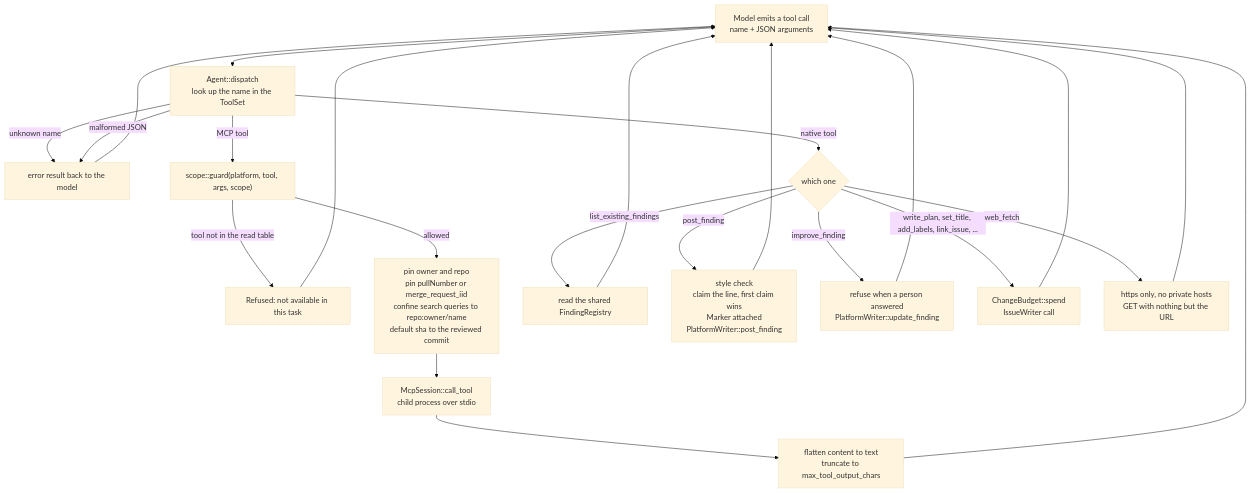
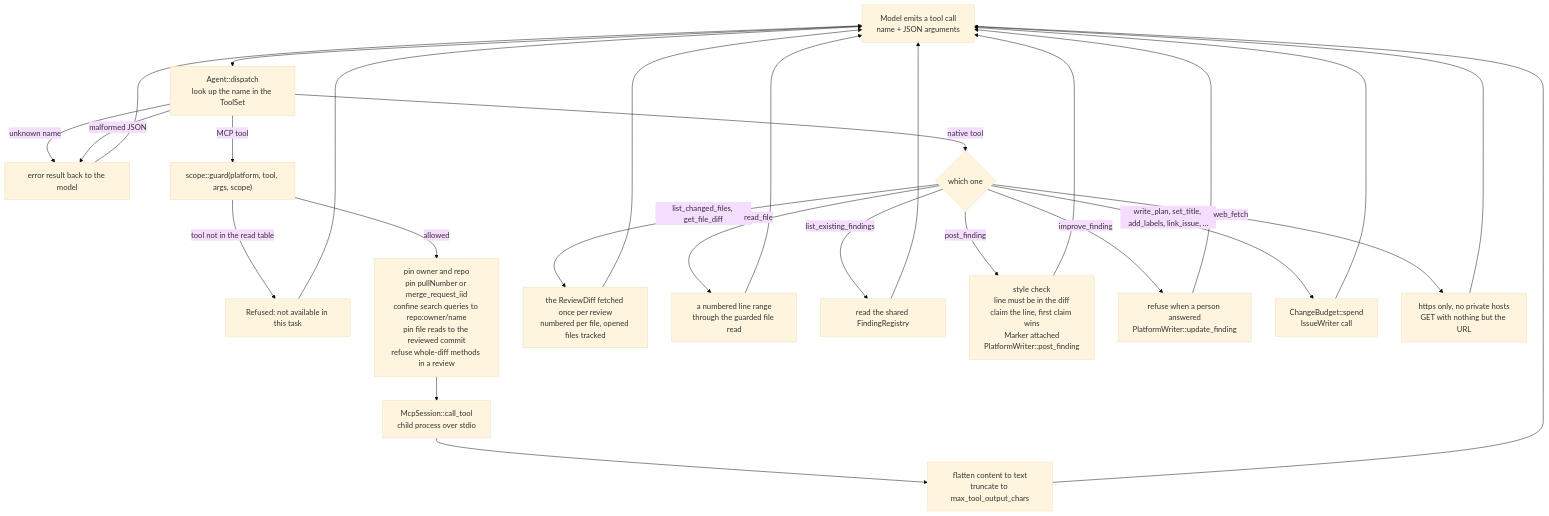
The fourth of 10 diagrams in ARCHITECTURE.md (StephanMeijer/meneerhenk), drawn with Mermaid (base theme) before and after one commit. The commit also changed other lines of this file and 1 other file, not shown here.

Commit message:
docs: the lane's diff tools, the conversation budget and the nudges

````diff
--- a/ARCHITECTURE.md
+++ b/ARCHITECTURE.md
@@ -215,25 +220,29 @@
 ```mermaid
 flowchart TD
     M["Model emits a tool call<br/>name + JSON arguments"] --> A["Agent::dispatch<br/>look up the name in the ToolSet"]
     A -- "unknown name" --> E1["error result back to the model"]
     A -- "malformed JSON" --> E1
     A -- "native tool" --> N{"which one"}
     A -- "MCP tool" --> G["scope::guard(platform, tool, args, scope)"]
     G -- "tool not in the read table" --> E2["Refused: not available in this task"]
-    G -- "allowed" --> P["pin owner and repo<br/>pin pullNumber or merge_request_iid<br/>confine search queries to repo:owner/name<br/>default sha to the reviewed commit"]
+    G -- "allowed" --> P["pin owner and repo<br/>pin pullNumber or merge_request_iid<br/>confine search queries to repo:owner/name<br/>pin file reads to the reviewed commit<br/>refuse whole-diff methods in a review"]
     P --> X["McpSession::call_tool<br/>child process over stdio"]
     X --> T["flatten content to text<br/>truncate to max_tool_output_chars"]
     T --> M
+    N -- "list_changed_files, get_file_diff" --> F0["the ReviewDiff fetched once per review<br/>numbered per file, opened files tracked"]
+    N -- "read_file" --> F6["a numbered line range<br/>through the guarded file read"]
     N -- "list_existing_findings" --> F1["read the shared FindingRegistry"]
-    N -- "post_finding" --> F2["style check<br/>claim the line, first claim wins<br/>Marker attached<br/>PlatformWriter::post_finding"]
+    N -- "post_finding" --> F2["style check<br/>line must be in the diff<br/>claim the line, first claim wins<br/>Marker attached<br/>PlatformWriter::post_finding"]
     N -- "improve_finding" --> F3["refuse when a person answered<br/>PlatformWriter::update_finding"]
     N -- "write_plan, set_title, add_labels, link_issue, ..." --> F4["ChangeBudget::spend<br/>IssueWriter call"]
     N -- "web_fetch" --> F5["https only, no private hosts<br/>GET with nothing but the URL"]
+    F0 --> M
+    F6 --> M
     F1 --> M
     F2 --> M
     F3 --> M
     F4 --> M
     F5 --> M
     E1 --> M
     E2 --> M
 ```
````
